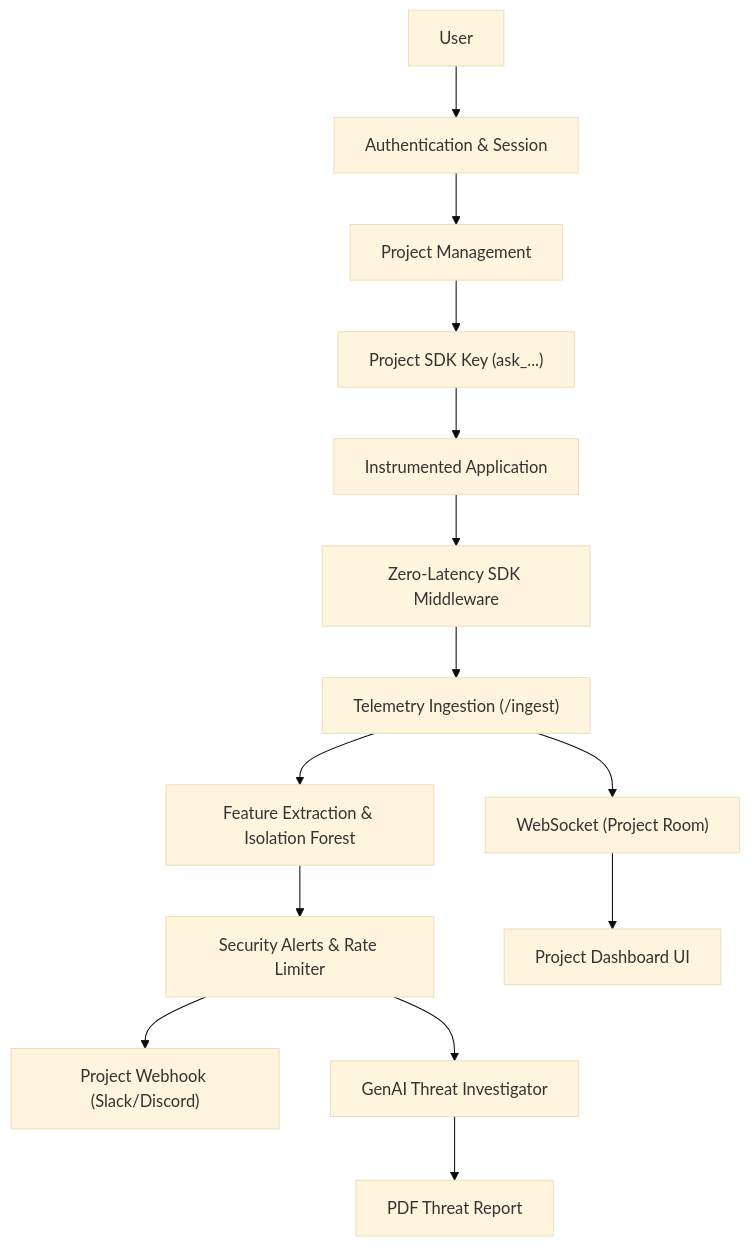
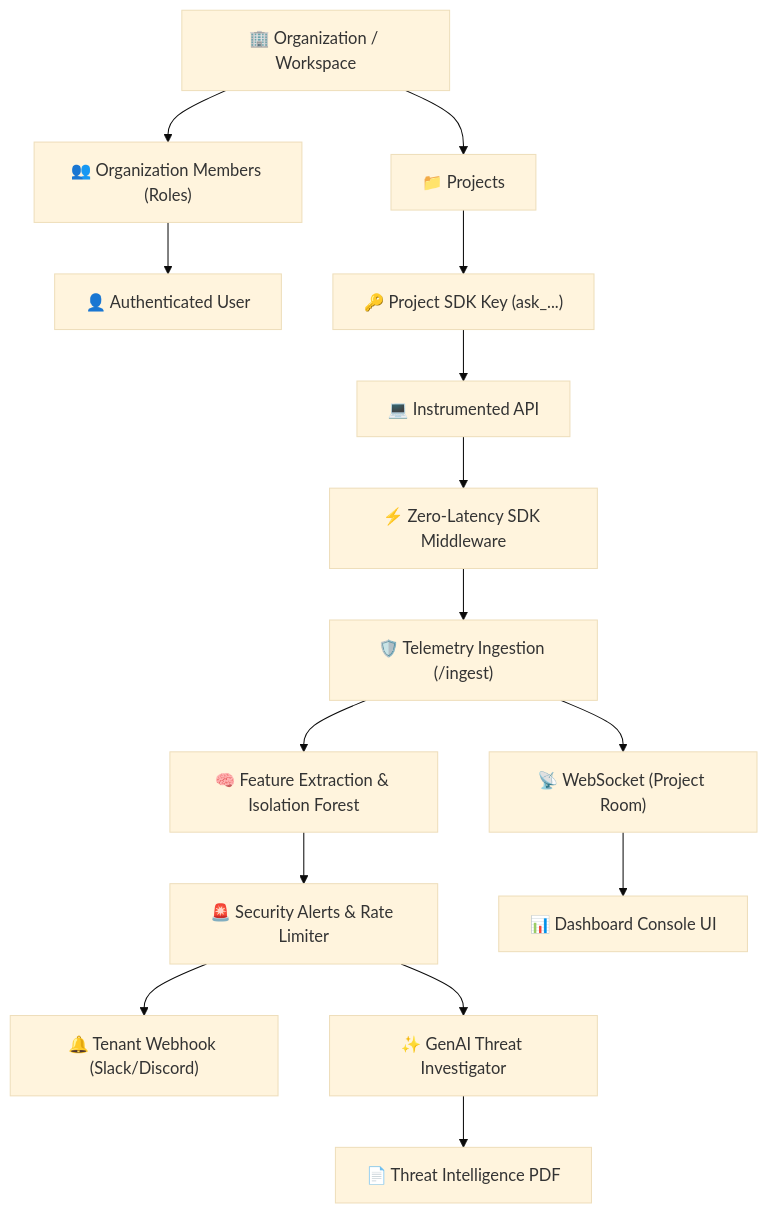
Before and after one commit to Ayush-choudhary2005/API-Security-Analytics-Dashboard: the diagram in README.md, drawn with Mermaid (base theme). The commit also changed other lines of this file and 44 other files, not shown here.

````diff
--- a/README.md
+++ b/README.md
@@ -36,16 +38,17 @@
 ```mermaid
 flowchart TD
-    User["User"] --> Auth["Authentication & Session"]
-    Auth --> Project["Project Management"]
-    Project --> SDKKey["Project SDK Key (ask_...)"]
-    SDKKey --> App["Instrumented Application"]
-    App --> SDK["Zero-Latency SDK Middleware"]
-    SDK --> Collector["Telemetry Ingestion (/ingest)"]
-    Collector --> ML["Feature Extraction & Isolation Forest"]
-    ML --> Alerts["Security Alerts & Rate Limiter"]
-    Alerts --> Webhook["Project Webhook (Slack/Discord)"]
-    Collector --> WS["WebSocket (Project Room)"]
-    WS --> Dashboard["Project Dashboard UI"]
-    Alerts --> Gemini["GenAI Threat Investigator"]
-    Gemini --> PDF["PDF Threat Report"]
+    Org["🏢 Organization / Workspace"] --> Member["👥 Organization Members (Roles)"]
+    Member --> User["👤 Authenticated User"]
+    Org --> Project["📁 Projects"]
+    Project --> SDKKey["🔑 Project SDK Key (ask_...)"]
+    SDKKey --> App["💻 Instrumented API"]
+    App --> SDK["⚡ Zero-Latency SDK Middleware"]
+    SDK --> Collector["🛡️ Telemetry Ingestion (/ingest)"]
+    Collector --> ML["🧠 Feature Extraction & Isolation Forest"]
+    ML --> Alerts["🚨 Security Alerts & Rate Limiter"]
+    Alerts --> Webhook["🔔 Tenant Webhook (Slack/Discord)"]
+    Collector --> WS["📡 WebSocket (Project Room)"]
+    WS --> Dashboard["📊 Dashboard Console UI"]
+    Alerts --> Gemini["✨ GenAI Threat Investigator"]
+    Gemini --> PDF["📄 Threat Intelligence PDF"]
 ```
````
